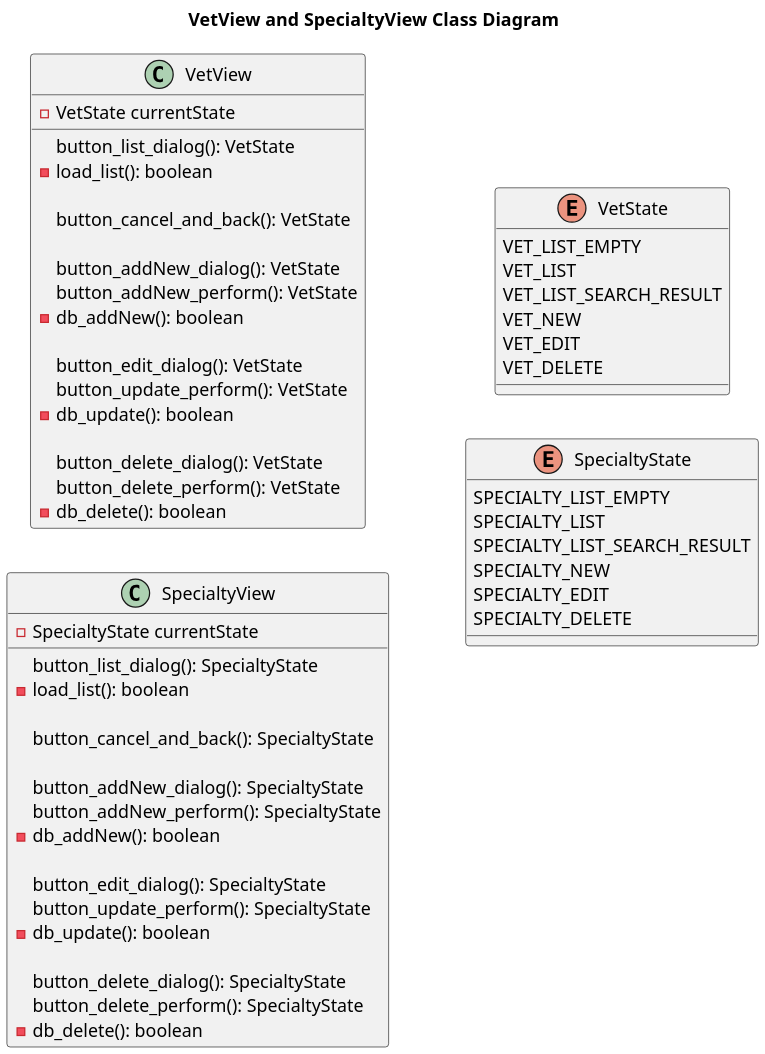
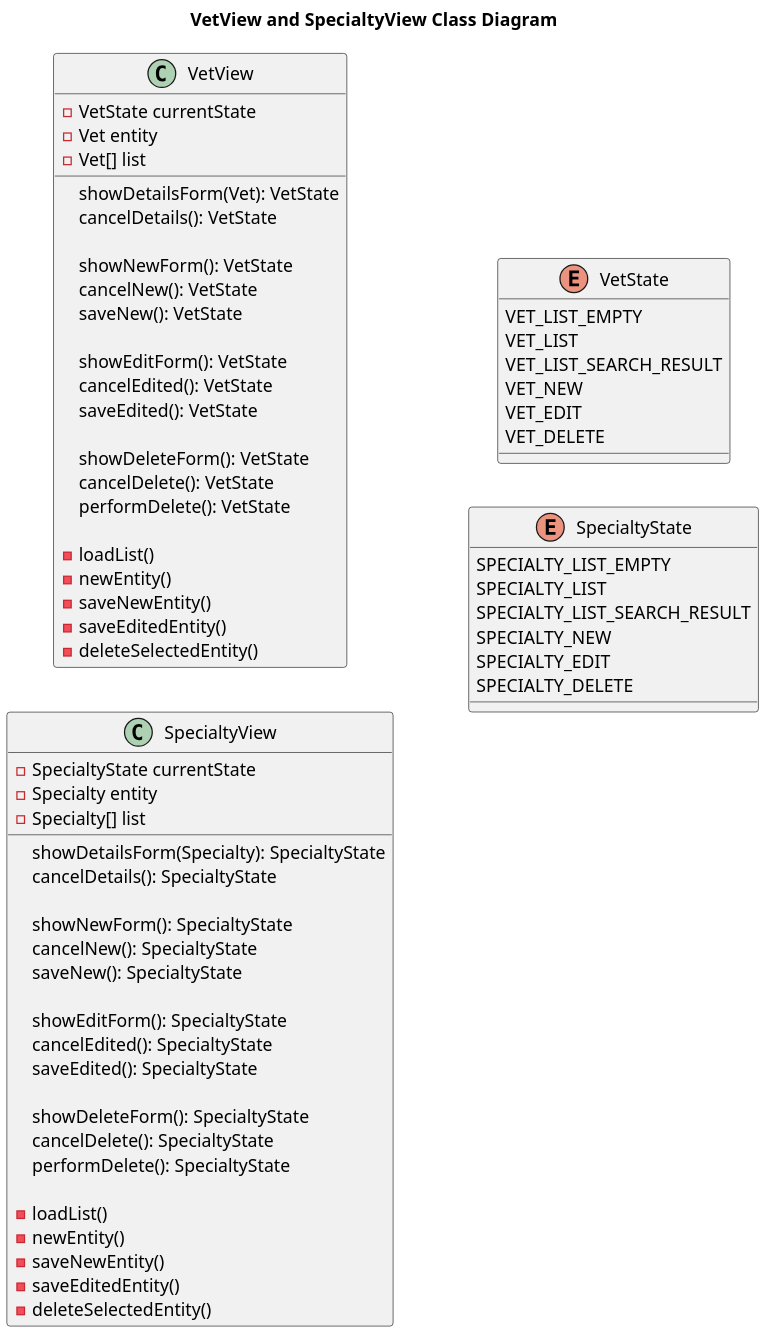
Before and after one commit to Jakarta-EE-Petclinic/petclinic-uml: the diagram in etc/puml/vet/View__Class.puml, drawn with PlantUML. The commit also changed 1 other file, not shown here.

```diff
--- a/etc/puml/vet/View__Class.puml
+++ b/etc/puml/vet/View__Class.puml
@@ -1,73 +1,85 @@
 @startuml
 'https://plantuml.com/class-diagram
 
 title VetView and SpecialtyView Class Diagram
 
 left to right direction
 'top to bottom direction
 
 scale 1200 width
 
 class VetView {
 
     - VetState currentState
+    - Vet entity
+    - Vet[] list
 
-    button_list_dialog(): VetState
-    - load_list(): boolean
+    showDetailsForm(Vet): VetState
+    cancelDetails(): VetState
 
-    button_cancel_and_back(): VetState
+    showNewForm(): VetState
+    cancelNew(): VetState
+    saveNew(): VetState
 
-    button_addNew_dialog(): VetState
-    button_addNew_perform(): VetState
-    - db_addNew(): boolean
+    showEditForm(): VetState
+    cancelEdited(): VetState
+    saveEdited(): VetState
 
-    button_edit_dialog(): VetState
-    button_update_perform(): VetState
-    - db_update(): boolean
+    showDeleteForm(): VetState
+    cancelDelete(): VetState
+    performDelete(): VetState
 
-    button_delete_dialog(): VetState
-    button_delete_perform(): VetState
-    - db_delete(): boolean
+    - loadList()
+    - newEntity()
+    - saveNewEntity()
+    - saveEditedEntity()
+    - deleteSelectedEntity()
 }
 
 class SpecialtyView {
 
     - SpecialtyState currentState
+    - Specialty entity
+    - Specialty[] list
 
-    button_list_dialog(): SpecialtyState
-    - load_list(): boolean
+    showDetailsForm(Specialty): SpecialtyState
+    cancelDetails(): SpecialtyState
 
-    button_cancel_and_back(): SpecialtyState
+    showNewForm(): SpecialtyState
+    cancelNew(): SpecialtyState
+    saveNew(): SpecialtyState
 
-    button_addNew_dialog(): SpecialtyState
-    button_addNew_perform(): SpecialtyState
-    - db_addNew(): boolean
+    showEditForm(): SpecialtyState
+    cancelEdited(): SpecialtyState
+    saveEdited(): SpecialtyState
 
-    button_edit_dialog(): SpecialtyState
-    button_update_perform(): SpecialtyState
-    - db_update(): boolean
+    showDeleteForm(): SpecialtyState
+    cancelDelete(): SpecialtyState
+    performDelete(): SpecialtyState
 
-    button_delete_dialog(): SpecialtyState
-    button_delete_perform(): SpecialtyState
-    - db_delete(): boolean
+    - loadList()
+    - newEntity()
+    - saveNewEntity()
+    - saveEditedEntity()
+    - deleteSelectedEntity()
 }
 
 enum VetState {
     VET_LIST_EMPTY
     VET_LIST
     VET_LIST_SEARCH_RESULT
     VET_NEW
     VET_EDIT
     VET_DELETE
 }
 
 enum SpecialtyState {
     SPECIALTY_LIST_EMPTY
     SPECIALTY_LIST
     SPECIALTY_LIST_SEARCH_RESULT
     SPECIALTY_NEW
     SPECIALTY_EDIT
     SPECIALTY_DELETE
 }
 
 @enduml
```
